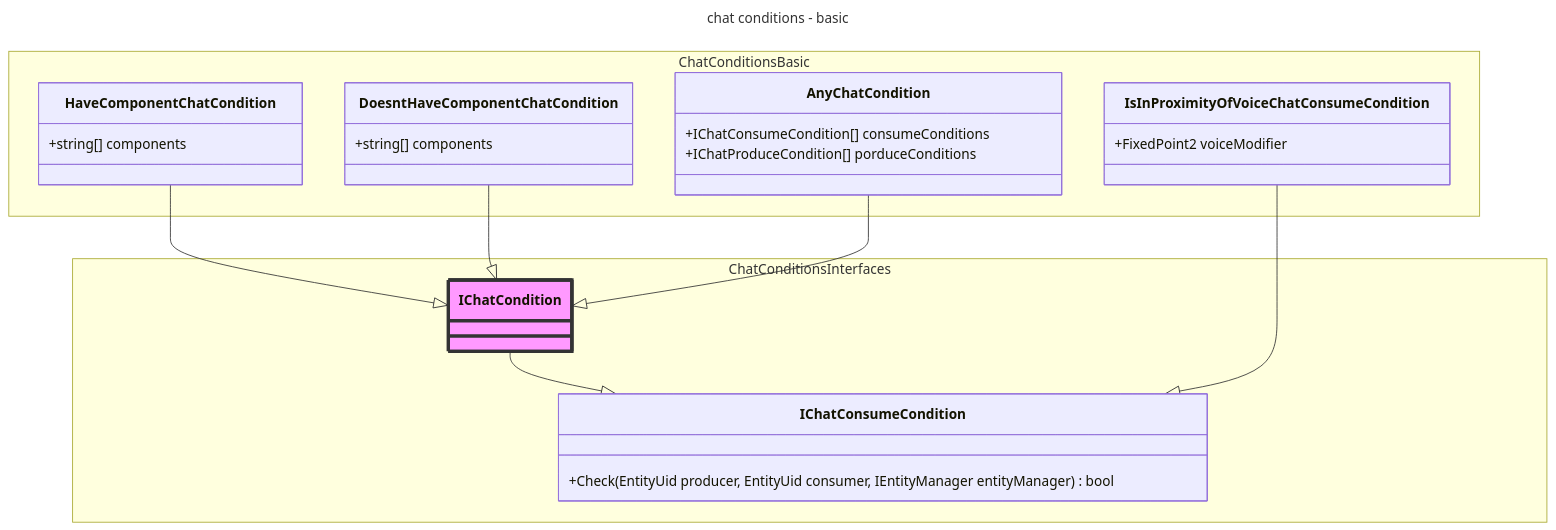
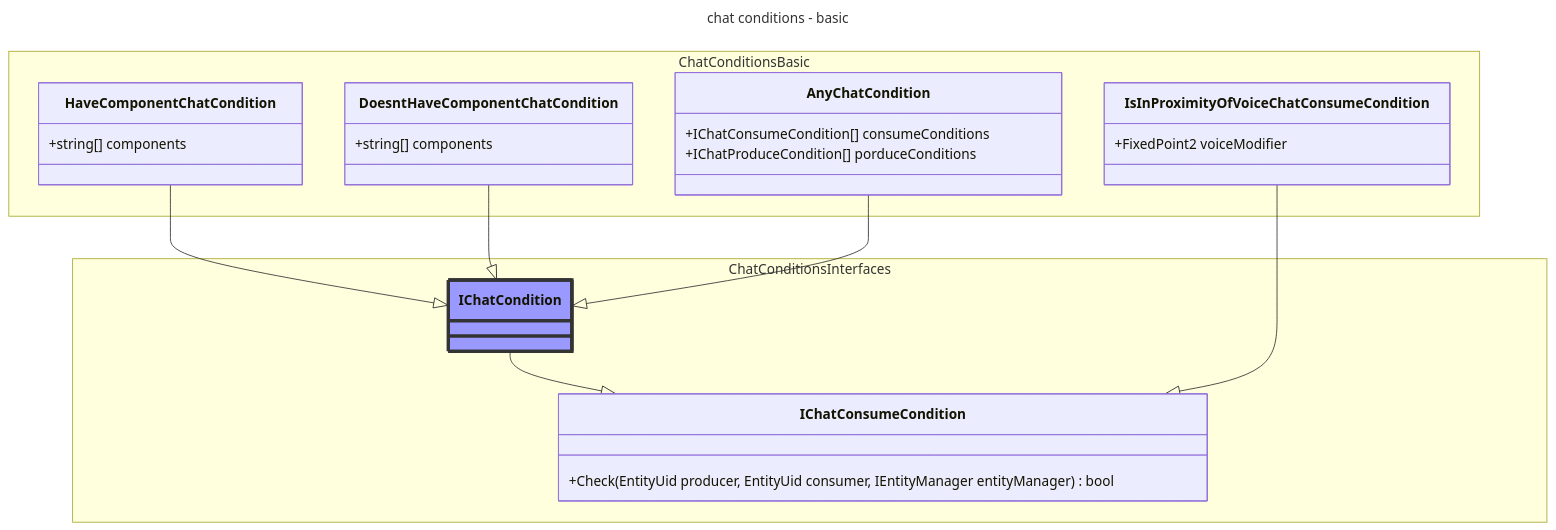
One commit to space-wizards/docs changed the third of 5 diagrams in src/en/space-station-14/chat.md. Above: the diagram before and after it, drawn with Mermaid. The commit also changed other lines of this file, not shown here.

Commit message:
fix very poor choice of color on diagram

````diff
--- a/src/en/space-station-14/chat.md
+++ b/src/en/space-station-14/chat.md
@@ -256,37 +256,37 @@
 ```mermaid
 ---
 title: chat conditions - basic
 ---
 classDiagram
 	namespace ChatConditionsInterfaces{
 		class IChatCondition{
 
 		}
 		class IChatConsumeCondition{
 			+Check(EntityUid producer, EntityUid consumer, IEntityManager entityManager) bool
 		}
 	}
-	style IChatCondition fill:#f9f,stroke:#333,stroke-width:4px
+	style IChatCondition fill:#99f,stroke:#333,stroke-width:4px
 
 	namespace ChatConditionsBasic{
 		
 		class HaveComponentChatCondition{
 			+string[] components
 		}
 		class DoesntHaveComponentChatCondition{
 			+string[] components
 		}
 		class AnyChatCondition{
 			+IChatConsumeCondition[] consumeConditions
 			+IChatProduceCondition[] porduceConditions
 		}
 		class IsInProximityOfVoiceChatConsumeCondition{
 			+FixedPoint2 voiceModifier
 		}
 	}
 	IChatCondition --|> IChatConsumeCondition
 	HaveComponentChatCondition --|> IChatCondition 
 	DoesntHaveComponentChatCondition --|> IChatCondition 
 	AnyChatCondition --|> IChatCondition 
 	IsInProximityOfVoiceChatConsumeCondition --|>IChatConsumeCondition
 ```
````
